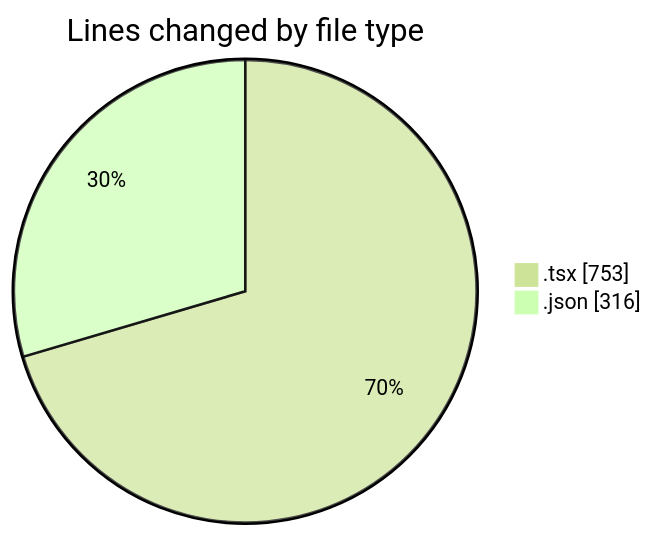
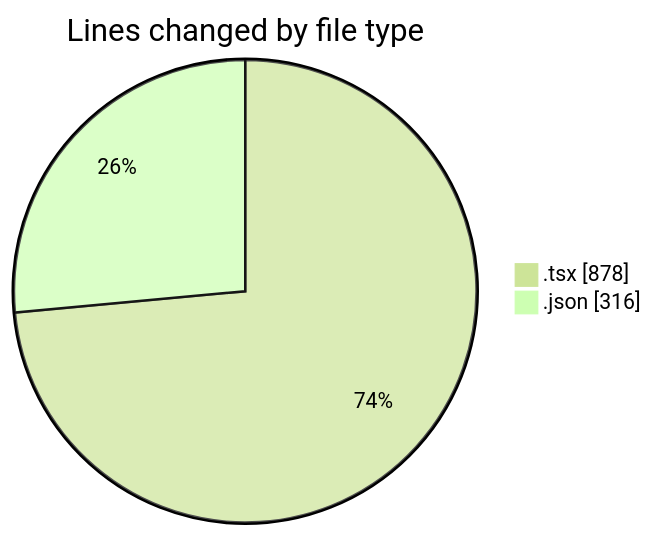
One commit to EIIisD/code-tracking changed the first of 2 diagrams in 2025-08-13/ribbon/README.md. Above: the diagram before and after it, drawn with Mermaid (forest theme). The commit also changed other lines of this file and 1 other file, not shown here.

````diff
--- a/2025-08-13/ribbon/README.md
+++ b/2025-08-13/ribbon/README.md
@@ -24,6 +25,6 @@
 ```mermaid
 pie showData
 title Lines changed by file type
-".tsx" : 753
+".tsx" : 878
 ".json" : 316
 ```
````
